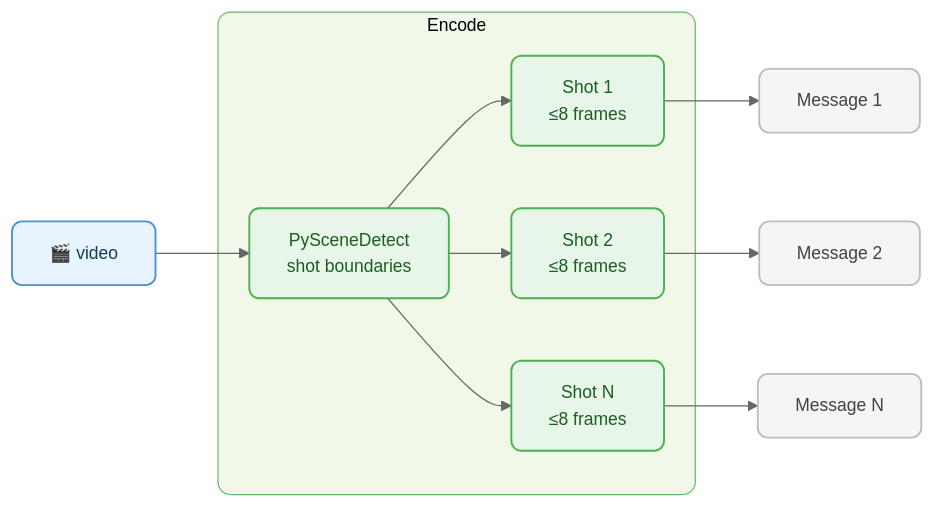
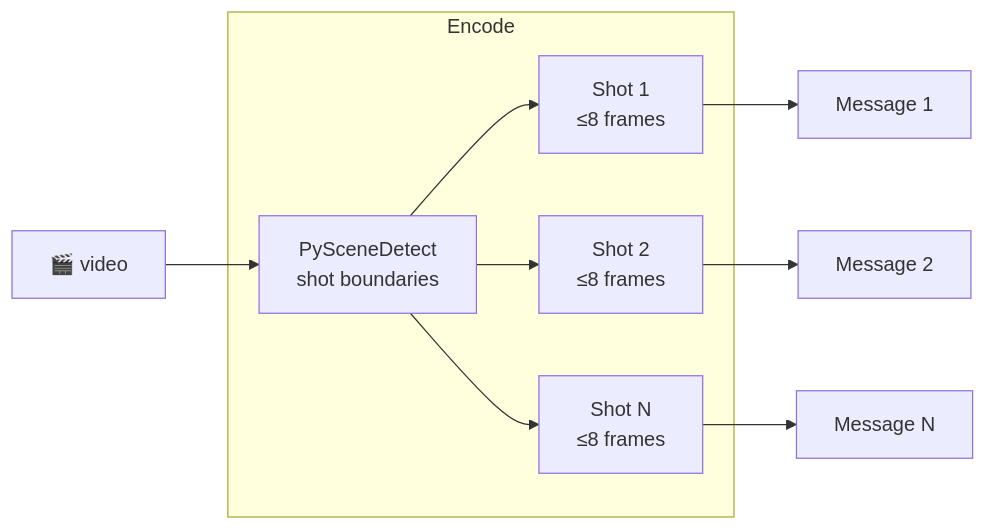
Before and after one commit to vlm-run/mm: the seventh of 17 diagrams in docs/ENCODERS.md, drawn with Mermaid. The commit also changed other lines of this file and 3 other files, not shown here.

````diff
--- a/docs/ENCODERS.md
+++ b/docs/ENCODERS.md
@@ -202,27 +160,20 @@
 ```mermaid
-%%{init: {'theme': 'base', 'themeVariables': { 'fontSize': '14px', 'primaryColor': '#e8f4fd', 'primaryBorderColor': '#4a90d9', 'lineColor': '#666'}}}%%
 graph LR
-  video["🎬 video"]:::input
+  video["🎬 video"]
 
   subgraph encode ["Encode"]
-    detect["PySceneDetect\nshot boundaries"]:::encode
-    s1["Shot 1\n≤8 frames"]:::encode
-    s2["Shot 2\n≤8 frames"]:::encode
-    s3["Shot N\n≤8 frames"]:::encode
+    detect["PySceneDetect\nshot boundaries"]
+    s1["Shot 1\n≤8 frames"]
+    s2["Shot 2\n≤8 frames"]
+    s3["Shot N\n≤8 frames"]
   end
 
-  m1["Message 1"]:::output
-  m2["Message 2"]:::output
-  m3["Message N"]:::output
+  m1["Message 1"]
+  m2["Message 2"]
+  m3["Message N"]
 
   video --> detect
   detect --> s1 --> m1
   detect --> s2 --> m2
   detect --> s3 --> m3
-
-  classDef input fill:#e8f4fd,stroke:#4a90d9,stroke-width:1.5px,color:#1a3a5c,rx:8
-  classDef encode fill:#e8f5e9,stroke:#4caf50,stroke-width:1.5px,color:#1b5e20,rx:8
-  classDef output fill:#f5f5f5,stroke:#bdbdbd,stroke-width:1.5px,color:#424242,rx:8
-
-  style encode fill:#f1f8e9,stroke:#66bb6a,stroke-width:1px,rx:10
 ```
````
